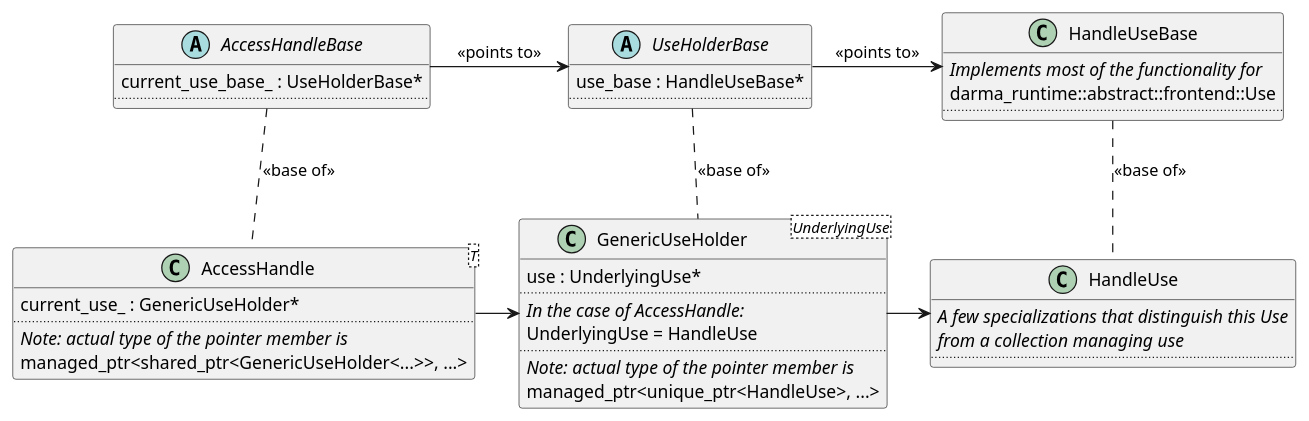
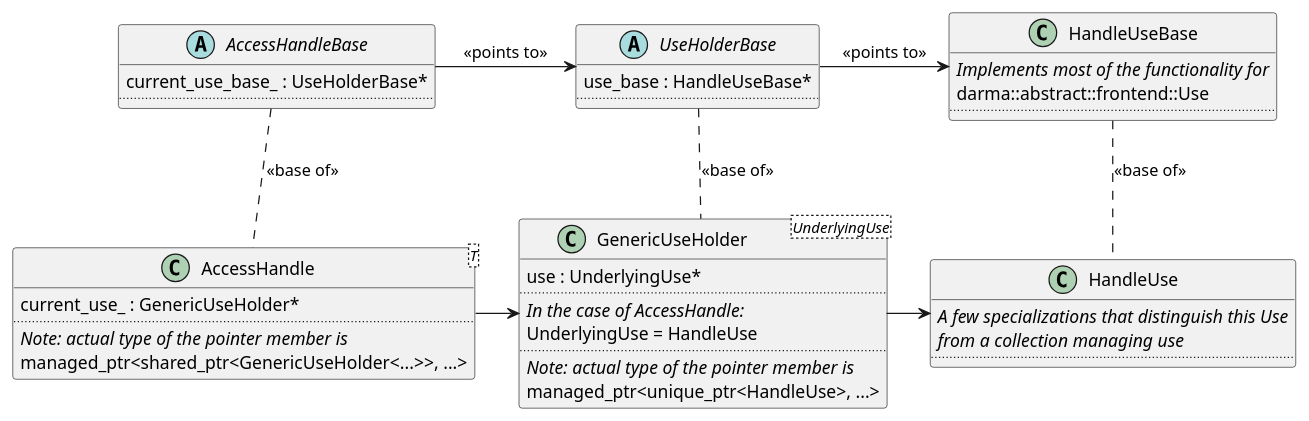
One commit to DARMA-tasking-internal/darma-frontend changed the diagram in docs/use_relationships_simplified.puml. Above: the diagram before and after it, drawn with PlantUML. The commit also changed 330 other files, not shown here.

```diff
--- a/docs/use_relationships_simplified.puml
+++ b/docs/use_relationships_simplified.puml
@@ -1,47 +1,47 @@
 @startuml
 
 abstract class AccessHandleBase {
     current_use_base_ : UseHolderBase*
     ..
 }
 class AccessHandle <T> {
     current_use_ : GenericUseHolder*
     ..
     <i>Note: actual type of the pointer member is</i>
     managed_ptr<shared_ptr<GenericUseHolder<...>>, ...>
 }
 AccessHandleBase .down. AccessHandle : << base of >>
 
 AccessHandleBase -right-> UseHolderBase : <<points to>>
 abstract class UseHolderBase {
     use_base : HandleUseBase*
     ..
 }
 class GenericUseHolder <UnderlyingUse> {
     use : UnderlyingUse*
     ..
     <i>In the case of AccessHandle:</i>
     UnderlyingUse = HandleUse
     ..
     <i>Note: actual type of the pointer member is</i>
     managed_ptr<unique_ptr<HandleUse>, ...>
 }
 UseHolderBase .down. GenericUseHolder : << base of >>
 AccessHandle -right-> GenericUseHolder
 
 class HandleUseBase {
   <i>Implements most of the functionality for
-  darma_runtime::abstract::frontend::Use
+  darma::abstract::frontend::Use
   ..
 }
 
 class HandleUse {
   <i>A few specializations that distinguish this Use
   <i>from a collection managing use
   ..
 }
 HandleUseBase .down. HandleUse : << base of >>
 GenericUseHolder -right-> HandleUse
 UseHolderBase -right-> HandleUseBase : << points to >>
 
 @enduml
```
